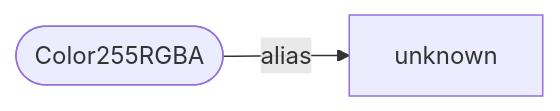
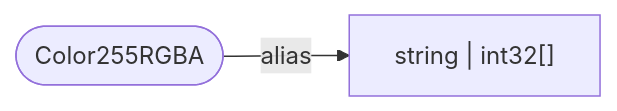
One commit to bedrock-v/protocol-docs changed the diagram in schemas/types/Color255RGBA.md. Above: the diagram before and after it, drawn with Mermaid. The commit also changed 114 other files, not shown here.

````diff
--- a/schemas/types/Color255RGBA.md
+++ b/schemas/types/Color255RGBA.md
@@ -5,4 +5,4 @@
 ```mermaid
 flowchart LR
-  ROOT(["Color255RGBA"]) -->|alias| unknown["unknown"]
+  ROOT(["Color255RGBA"]) -->|alias| string___int32["string | int32[]"]
 ```
````
